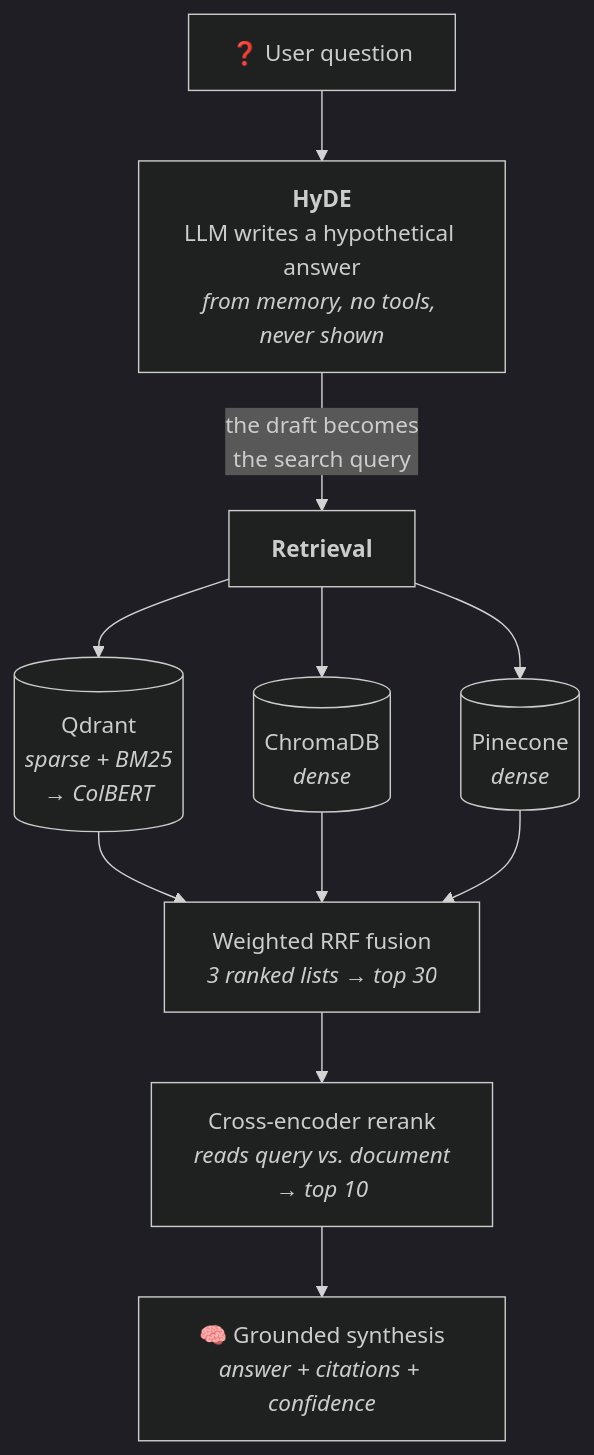
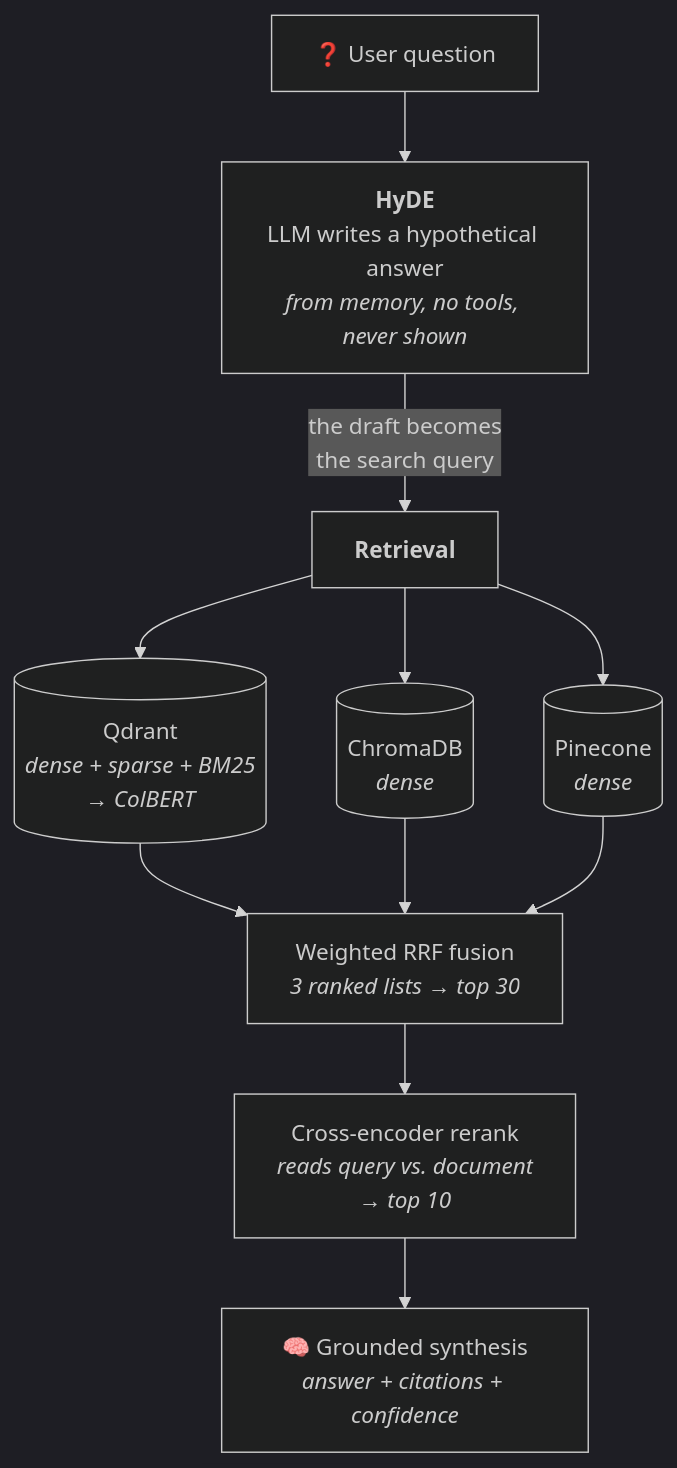
One commit to deekshant-w/SSNanopore_rag changed the second of 2 diagrams in README.md. Above: the diagram before and after it, drawn with Mermaid (dark theme). The commit also changed other lines of this file, not shown here.

````diff
--- a/README.md
+++ b/README.md
@@ -54,11 +57,11 @@
 ```mermaid
 flowchart TB
     Q["❓ User question"] --> HYDE["<b>HyDE</b><br/>LLM writes a hypothetical answer<br/><i>from memory, no tools, never shown</i>"]
     HYDE -->|"the draft becomes<br/>the search query"| RAG["<b>Retrieval</b>"]
-    RAG --> R1[("Qdrant<br/><i>sparse + BM25<br/>→ ColBERT</i>")]
+    RAG --> R1[("Qdrant<br/><i>dense + sparse + BM25<br/>→ ColBERT</i>")]
     RAG --> R2[("ChromaDB<br/><i>dense</i>")]
     RAG --> R3[("Pinecone<br/><i>dense</i>")]
     R1 & R2 & R3 --> RRF["Weighted RRF fusion<br/><i>3 ranked lists → top 30</i>"]
     RRF --> RERANK["Cross-encoder rerank<br/><i>reads query vs. document<br/>→ top 10</i>"]
     RERANK --> SYNTH["🧠 Grounded synthesis<br/><i>answer + citations + confidence</i>"]
 ```
````
